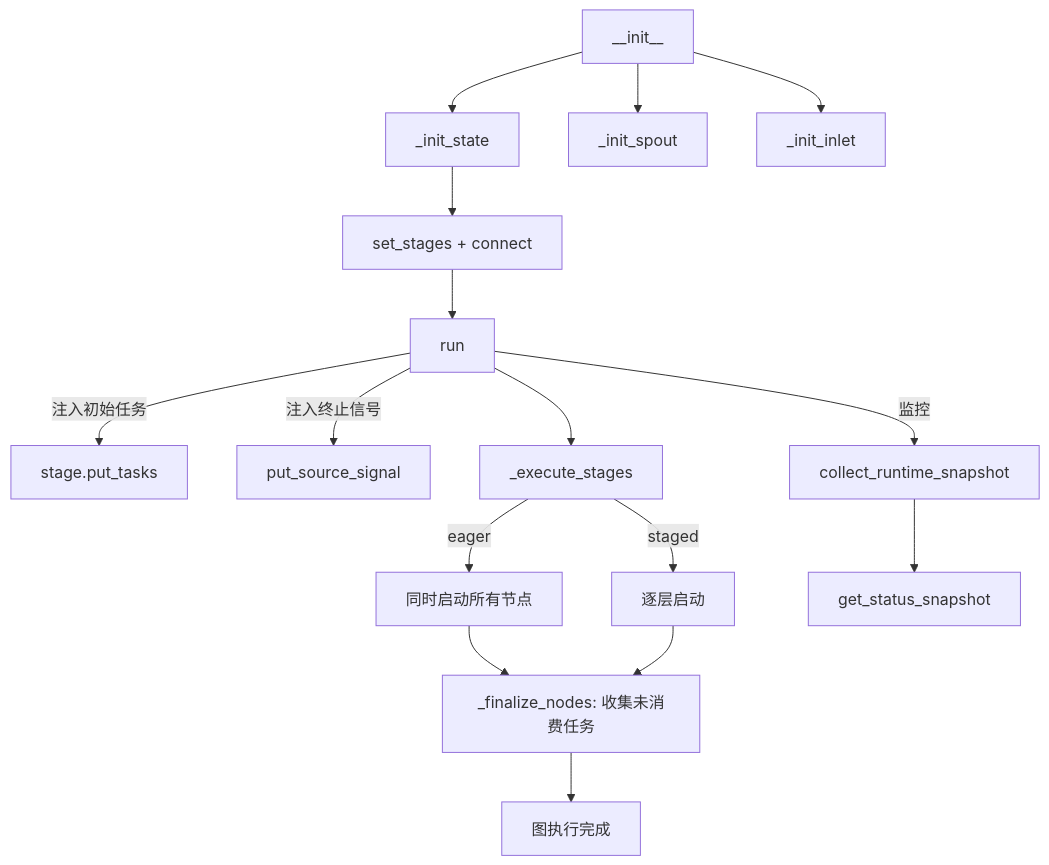
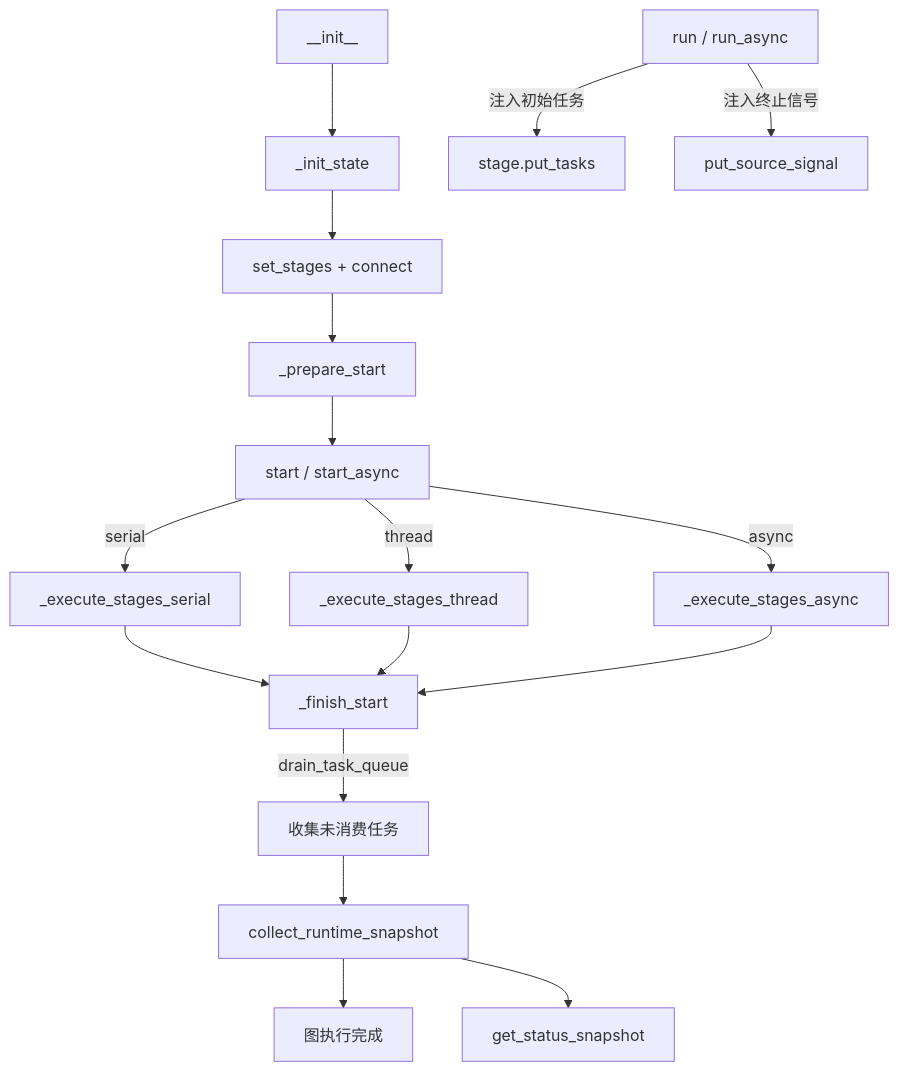
Before and after one commit to Mr-xiaotian/CelestialFlow: the diagram in docs/zh-CN/src/graph/core_graph.md, drawn with Mermaid. The commit also changed other lines of this file and 41 other files, not shown here.

````diff
--- a/docs/zh-CN/src/graph/core_graph.md
+++ b/docs/zh-CN/src/graph/core_graph.md
@@ -243,19 +283,21 @@
 ```mermaid
 flowchart TD
     INIT[__init__] --> INIT_STATE[_init_state]
-    INIT --> SPOUT[_init_spout]
-    INIT --> INLET[_init_inlet]
     INIT_STATE --> BUILD[set_stages + connect]
-    BUILD --> RUN[run]
-    RUN -->|注入初始任务| PUT[stage.put_tasks]
+    BUILD --> PREPARE[_prepare_start]
+    PREPARE --> START[start / start_async]
+    START -->|serial| SER[_execute_stages_serial]
+    START -->|thread| THR[_execute_stages_thread]
+    START -->|async| ASY[_execute_stages_async]
+    SER --> FINISH[_finish_start]
+    THR --> FINISH
+    ASY --> FINISH
+    FINISH -->|drain_task_queue| DRAIN[收集未消费任务]
+    DRAIN --> SNAP[collect_runtime_snapshot]
+    SNAP --> END[图执行完成]
+
+    SNAP --> STATUS[get_status_snapshot]
+
+    RUN[run / run_async] -->|注入初始任务| PUT[stage.put_tasks]
     RUN -->|注入终止信号| SIGNAL[put_source_signal]
-    RUN --> EXEC[_execute_stages]
-    EXEC -->|eager| ALL[同时启动所有节点]
-    EXEC -->|staged| LAYER[逐层启动]
-    ALL --> FINALIZE[_finalize_nodes: 收集未消费任务]
-    LAYER --> FINALIZE
-    FINALIZE --> END[图执行完成]
-    
-    RUN -->|监控| SNAPSHOT[collect_runtime_snapshot]
-    SNAPSHOT --> STATUS[get_status_snapshot]
 ```
````
